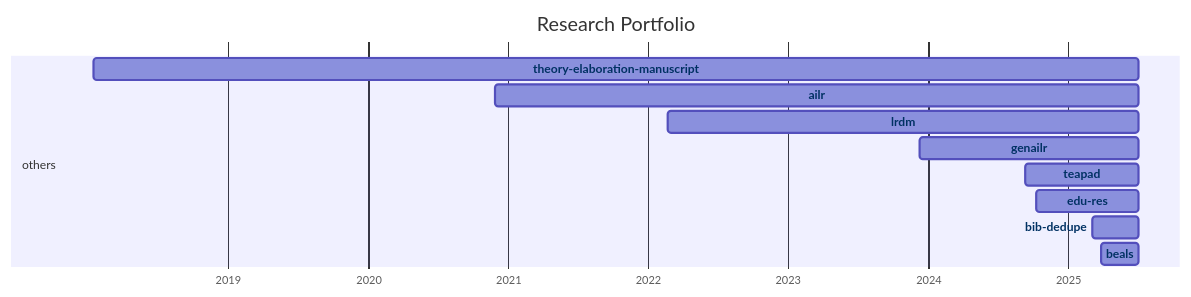
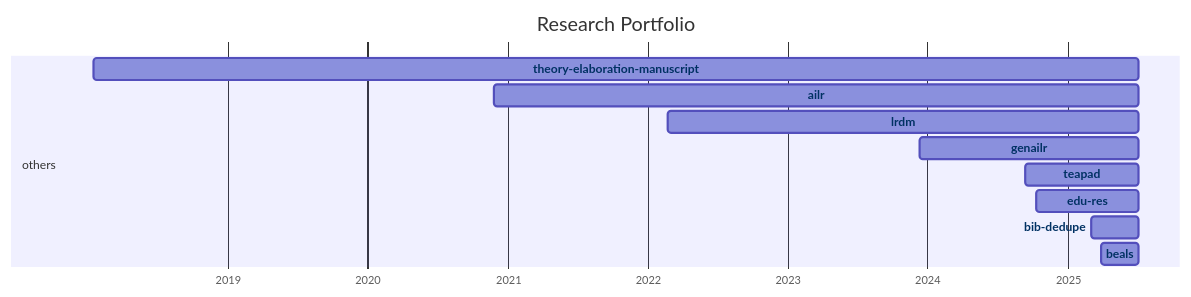
One commit to digital-work-lab/handbook changed the diagram in docs/20-research/25-projects-gantt.md. Above: the diagram before and after it, drawn with Mermaid.

Commit message:
Update repository overview

````diff
--- a/docs/20-research/25-projects-gantt.md
+++ b/docs/20-research/25-projects-gantt.md
@@ -8,35 +8,35 @@
 ```mermaid
 ---
 displayMode: compact
 ---
 gantt
 title Research Portfolio
 dateFormat YYYY-MM-DD
 axisFormat %Y
 
     section work_practices
 
     section distributed_organizing
 
     section knowledge_synthesis
 
     section others
-        beals :beals, 2025-03-28, 2025-07-03
-        bib-dedupe :bib-dedupe, 2025-03-04, 2025-07-03
-        edu-res :edu-res, 2024-10-10, 2025-07-03
-        teapad :teapad, 2024-09-10, 2025-07-03
-        genailr :genailr, 2023-12-10, 2025-07-03
-        lrdm :lrdm, 2022-02-20, 2025-07-03
-        ailr :ailr, 2020-11-26, 2025-07-03
-        theory-elaboration-manuscript :theory-elaboration-manuscript, 2018-01-15, 2025-07-03
+        beals :beals, 2025-03-28, 2025-07-04
+        bib-dedupe :bib-dedupe, 2025-03-04, 2025-07-04
+        edu-res :edu-res, 2024-10-10, 2025-07-04
+        teapad :teapad, 2024-09-10, 2025-07-04
+        genailr :genailr, 2023-12-10, 2025-07-04
+        lrdm :lrdm, 2022-02-20, 2025-07-04
+        ailr :ailr, 2020-11-26, 2025-07-04
+        theory-elaboration-manuscript :theory-elaboration-manuscript, 2018-01-15, 2025-07-04
 
 
     click beals href "{{ site.baseurl }}/docs/20-research/25-projects/_repos/beals"
     click bib-dedupe href "{{ site.baseurl }}/docs/20-research/25-projects/_repos/bib-dedupe"
     click edu-res href "{{ site.baseurl }}/docs/20-research/25-projects/_repos/edu-res"
     click teapad href "{{ site.baseurl }}/docs/20-research/25-projects/_repos/teapad"
     click genailr href "{{ site.baseurl }}/docs/20-research/25-projects/_repos/genailr"
     click lrdm href "{{ site.baseurl }}/docs/20-research/25-projects/_repos/lrdm"
     click ailr href "{{ site.baseurl }}/docs/20-research/25-projects/_repos/ailr"
     click theory-elaboration-manuscript href "{{ site.baseurl }}/docs/20-research/25-projects/_repos/theory-elaboration-manuscript"
 ```
````
